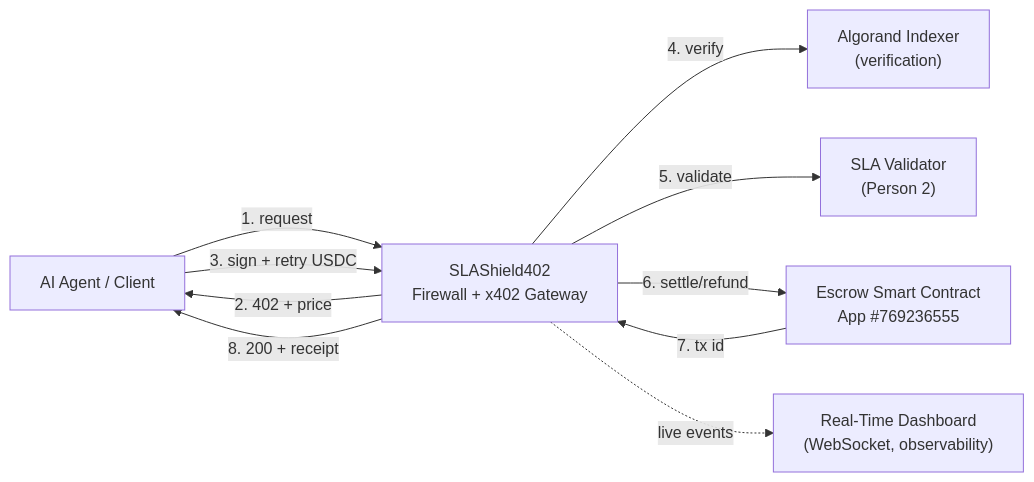
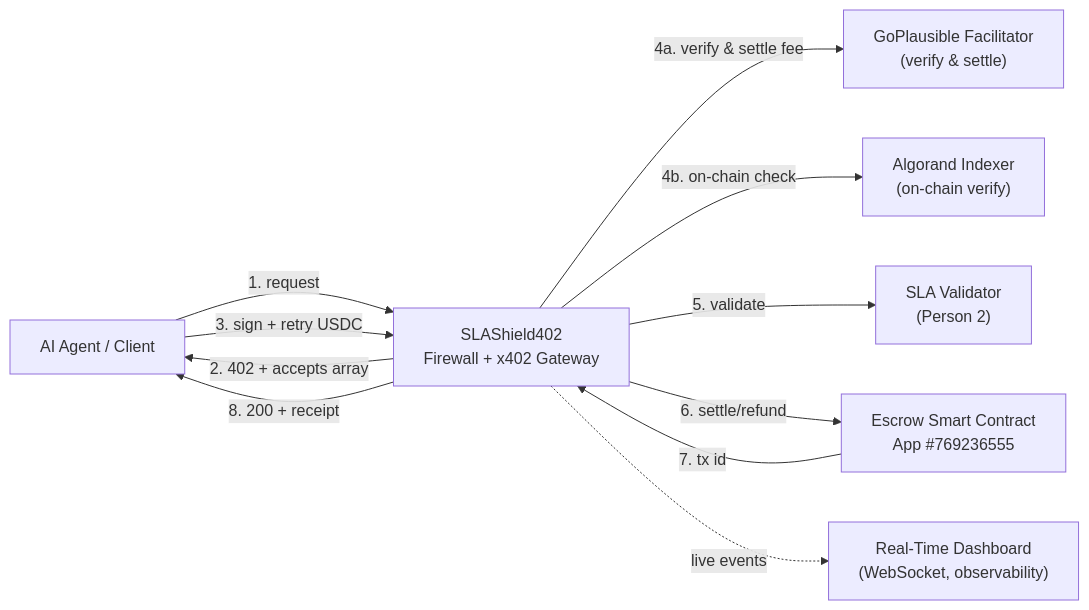
Before and after one commit to Vishal-VK18/SLAShield402: the second of 2 diagrams in README.md, drawn with Mermaid. The commit also changed other lines of this file and 10 other files, not shown here.

Commit message:
feat: integrate GoPlausible facilitator verify and settle, update accepts array, non-custodial security model, and Lora explorer links

````diff
--- a/README.md
+++ b/README.md
@@ -55,19 +57,21 @@
 ```mermaid
 flowchart LR
     Client["AI Agent / Client"]
     Server["SLAShield402<br/>Firewall + x402 Gateway"]
-    Indexer["Algorand Indexer<br/>(verification)"]
+    Facilitator["GoPlausible Facilitator<br/>(verify & settle)"]
+    Indexer["Algorand Indexer<br/>(on-chain verify)"]
     SLA["SLA Validator<br/>(Person 2)"]
     Contract["Escrow Smart Contract<br/>App #769236555"]
     Dashboard["Real-Time Dashboard<br/>(WebSocket, observability)"]
 
     Client -->|1. request| Server
-    Server -->|2. 402 + price| Client
+    Server -->|2. 402 + accepts array| Client
     Client -->|3. sign + retry USDC| Server
-    Server -->|4. verify| Indexer
+    Server -->|4a. verify & settle fee| Facilitator
+    Server -->|4b. on-chain check| Indexer
     Server -->|5. validate| SLA
     Server -->|6. settle/refund| Contract
     Contract -->|7. tx id| Server
     Server -->|8. 200 + receipt| Client
     Server -.->|live events| Dashboard
 ```
````
